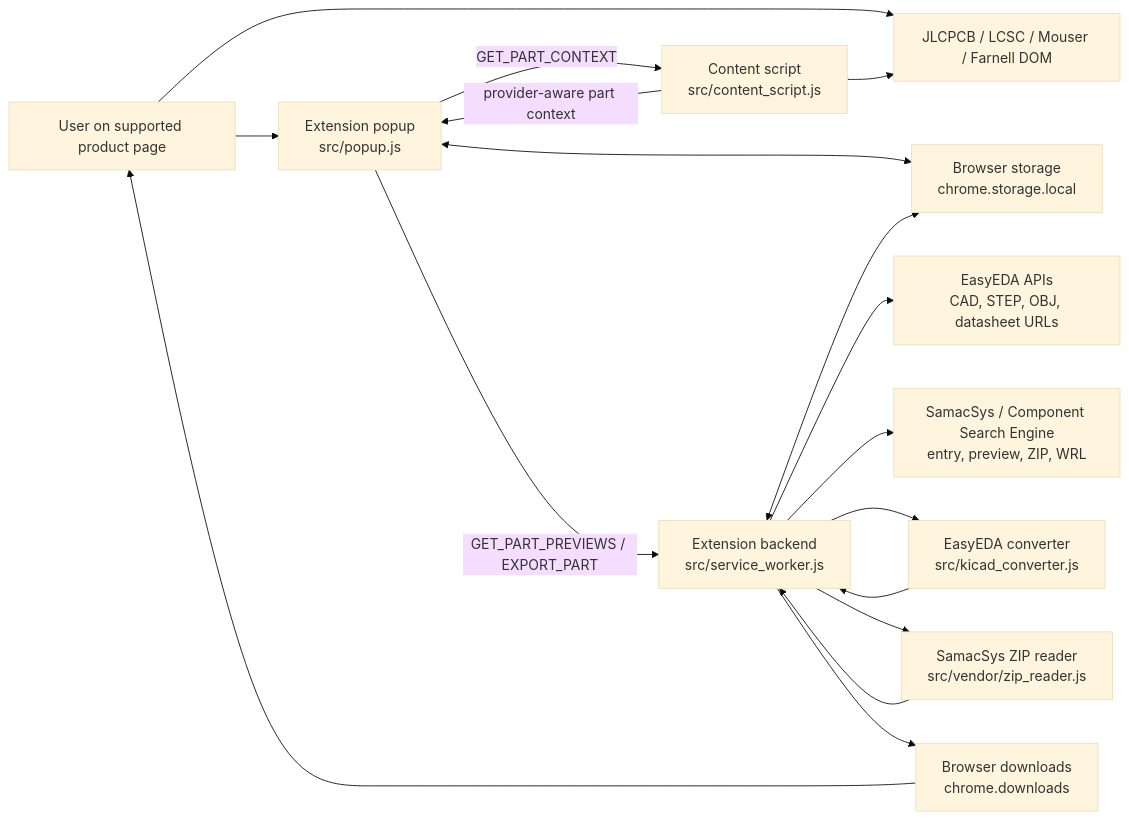
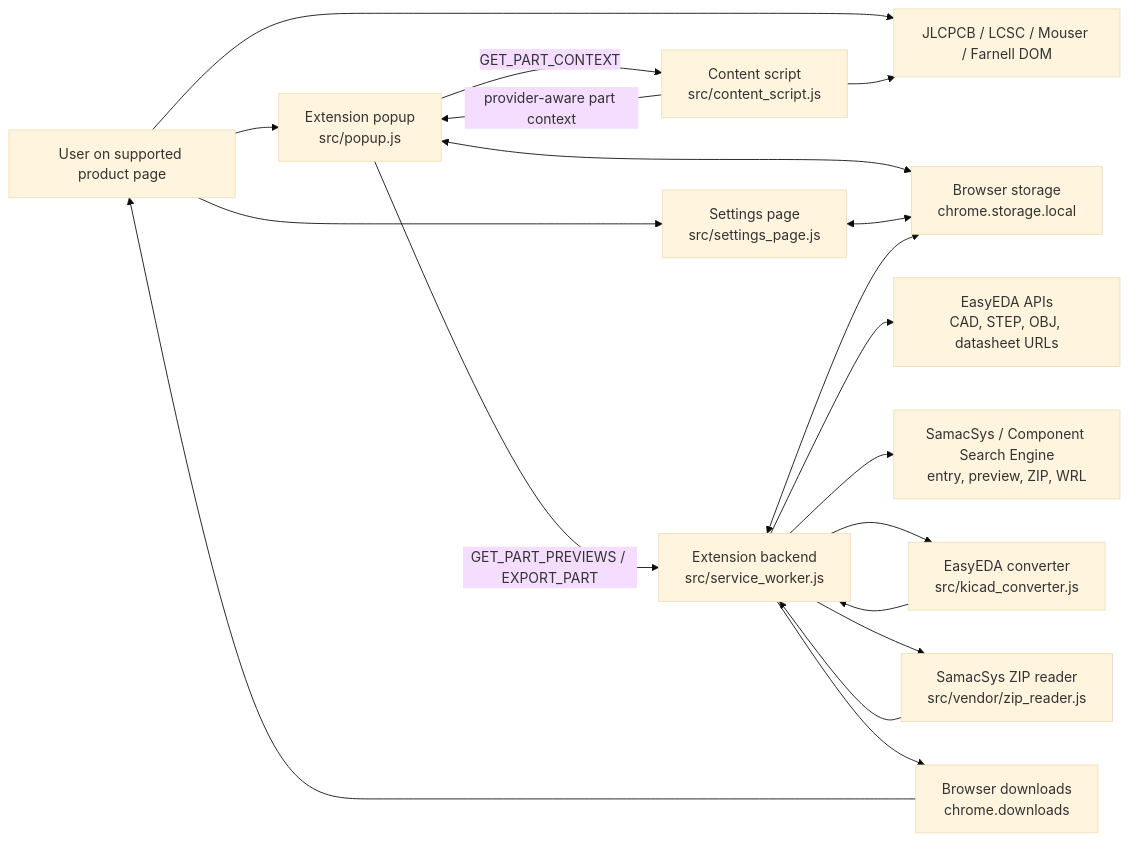
Before and after one commit to JoeShade/easyEdaDownloader: the diagram in systemDesign.md, drawn with Mermaid (base theme). The commit also changed other lines of this file and 14 other files, not shown here.

Commit message:
Move popup settings to dedicated options page

````diff
--- a/systemDesign.md
+++ b/systemDesign.md
@@ -68,31 +69,34 @@
 ```mermaid
 flowchart LR
     user["User on supported product page"]
     productPage["JLCPCB / LCSC / Mouser / Farnell DOM"]
     contentScript["Content script\nsrc/content_script.js"]
     popup["Extension popup\nsrc/popup.js"]
+    settingsPage["Settings page\nsrc/settings_page.js"]
     storage["Browser storage\nchrome.storage.local"]
     serviceWorker["Extension backend\nsrc/service_worker.js"]
     converter["EasyEDA converter\nsrc/kicad_converter.js"]
     zipReader["SamacSys ZIP reader\nsrc/vendor/zip_reader.js"]
     downloads["Browser downloads\nchrome.downloads"]
     easyeda["EasyEDA APIs\nCAD, STEP, OBJ, datasheet URLs"]
     samacsys["SamacSys / Component Search Engine\nentry, preview, ZIP, WRL"]
 
     user --> productPage
     user --> popup
+    user --> settingsPage
     popup -- "GET_PART_CONTEXT" --> contentScript
     contentScript --> productPage
     contentScript -- "provider-aware part context" --> popup
     popup <--> storage
+    settingsPage <--> storage
     popup -- "GET_PART_PREVIEWS / EXPORT_PART" --> serviceWorker
     serviceWorker <--> storage
     serviceWorker --> easyeda
     serviceWorker --> samacsys
     serviceWorker --> converter
     serviceWorker --> zipReader
     converter --> serviceWorker
     zipReader --> serviceWorker
     serviceWorker --> downloads
     downloads --> user
 ```
````
